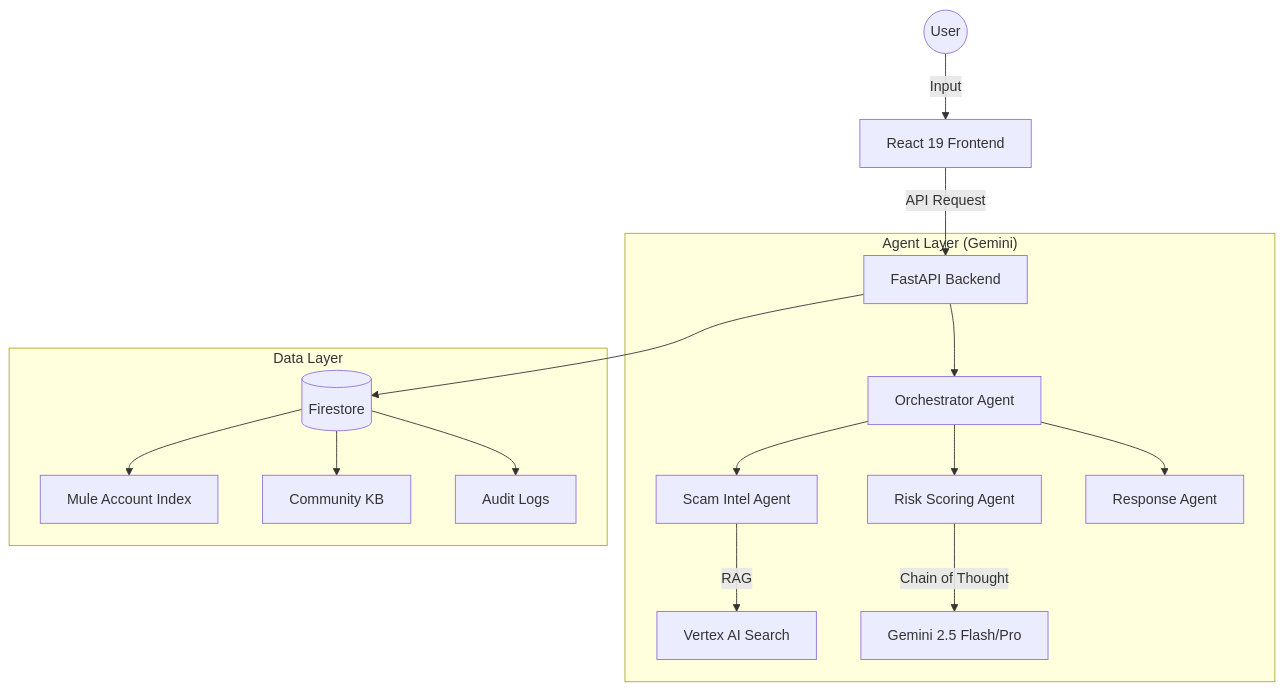
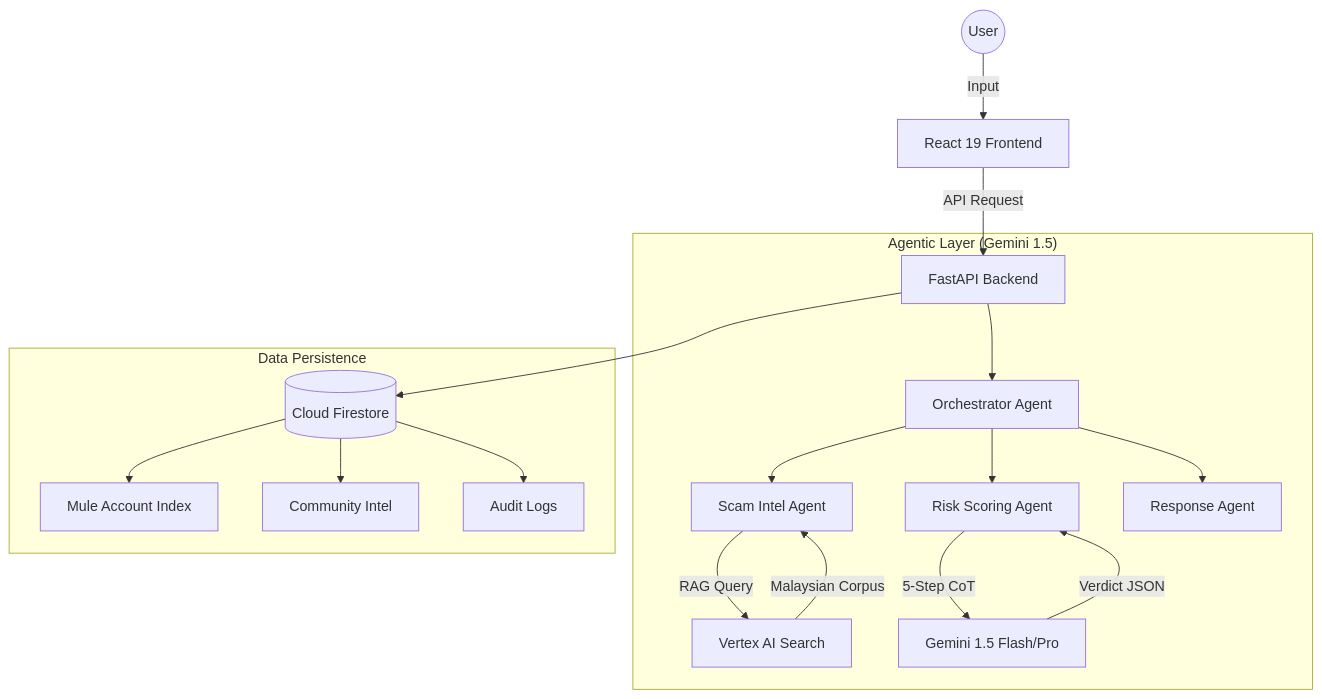
The diagram in README.md (Hazik-Allaie/ScamSentinel), drawn with Mermaid before and after one commit. The commit also changed other lines of this file and 12 other files, not shown here.

````diff
--- a/README.md
+++ b/README.md
@@ -17,22 +45,25 @@
 ```mermaid
 graph TD
     User((User)) -->|Input| Frontend[React 19 Frontend]
     Frontend -->|API Request| Backend[FastAPI Backend]
     
-    subgraph "Agent Layer (Gemini)"
+    subgraph "Agentic Layer (Gemini 1.5)"
         Backend --> Orchestrator[Orchestrator Agent]
         Orchestrator --> Intel[Scam Intel Agent]
         Orchestrator --> Scorer[Risk Scoring Agent]
         Orchestrator --> Responder[Response Agent]
         
-        Intel -->|RAG| Search[Vertex AI Search]
-        Scorer -->|Chain of Thought| Gemini[Gemini 2.5 Flash/Pro]
+        Intel -->|RAG Query| Search[Vertex AI Search]
+        Search -->|Malaysian Corpus| Intel
+        
+        Scorer -->|5-Step CoT| Gemini[Gemini 1.5 Flash/Pro]
+        Gemini -->|Verdict JSON| Scorer
     end
     
-    subgraph "Data Layer"
-        Backend --> Firestore[(Firestore)]
-        Firestore --> MuleDB[Mule Account Index]
-        Firestore --> CommunityKB[Community KB]
+    subgraph "Data Persistence"
+        Backend --> Firestore[(Cloud Firestore)]
+        Firestore --> MuleIndex[Mule Account Index]
+        Firestore --> CommunityKB[Community Intel]
         Firestore --> AuditLogs[Audit Logs]
     end
 ```
````
